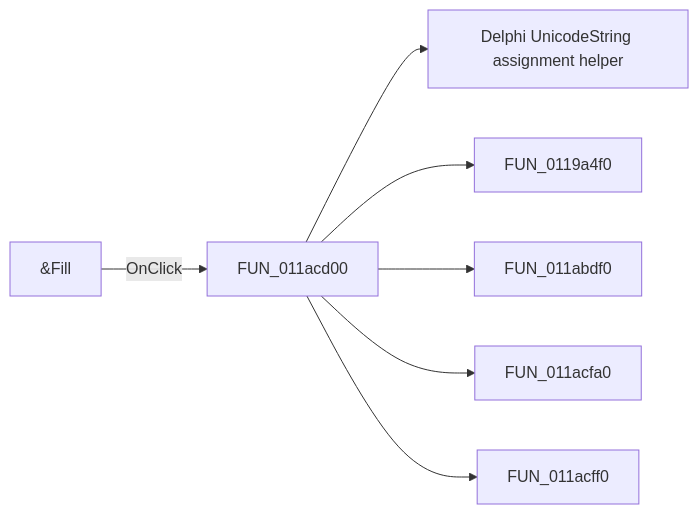
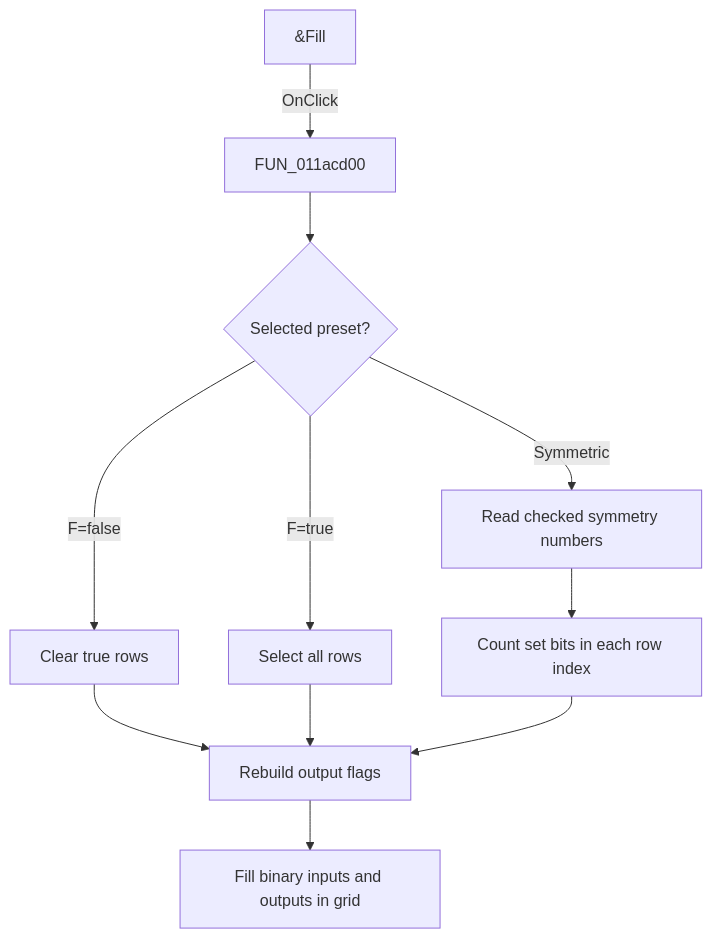
Before and after one commit to MovGP0/TIARA: the diagram in docs/ui-controls/tables-form/bitbtn1-59cfbb1b22.md, drawn with Mermaid. The commit also changed other lines of this file and 387 other files, not shown here.

````diff
--- a/docs/ui-controls/tables-form/bitbtn1-59cfbb1b22.md
+++ b/docs/ui-controls/tables-form/bitbtn1-59cfbb1b22.md
@@ -27,9 +27,13 @@
 ```mermaid
-flowchart LR
+flowchart TD
     control["&Fill"] -->|OnClick| handler["FUN_011acd00"]
-    handler --> call1["Delphi UnicodeString assignment helper"]
-    handler --> call2["FUN_0119a4f0"]
-    handler --> call3["FUN_011abdf0"]
-    handler --> call4["FUN_011acfa0"]
-    handler --> call5["FUN_011acff0"]
+    handler --> preset{"Selected preset?"}
+    preset -->|F=false| none["Clear true rows"]
+    preset -->|F=true| all["Select all rows"]
+    preset -->|Symmetric| weights["Read checked symmetry numbers"]
+    weights --> count["Count set bits in each row index"]
+    none --> flags["Rebuild output flags"]
+    all --> flags
+    count --> flags
+    flags --> grid["Fill binary inputs and outputs in grid"]
 ```
````
